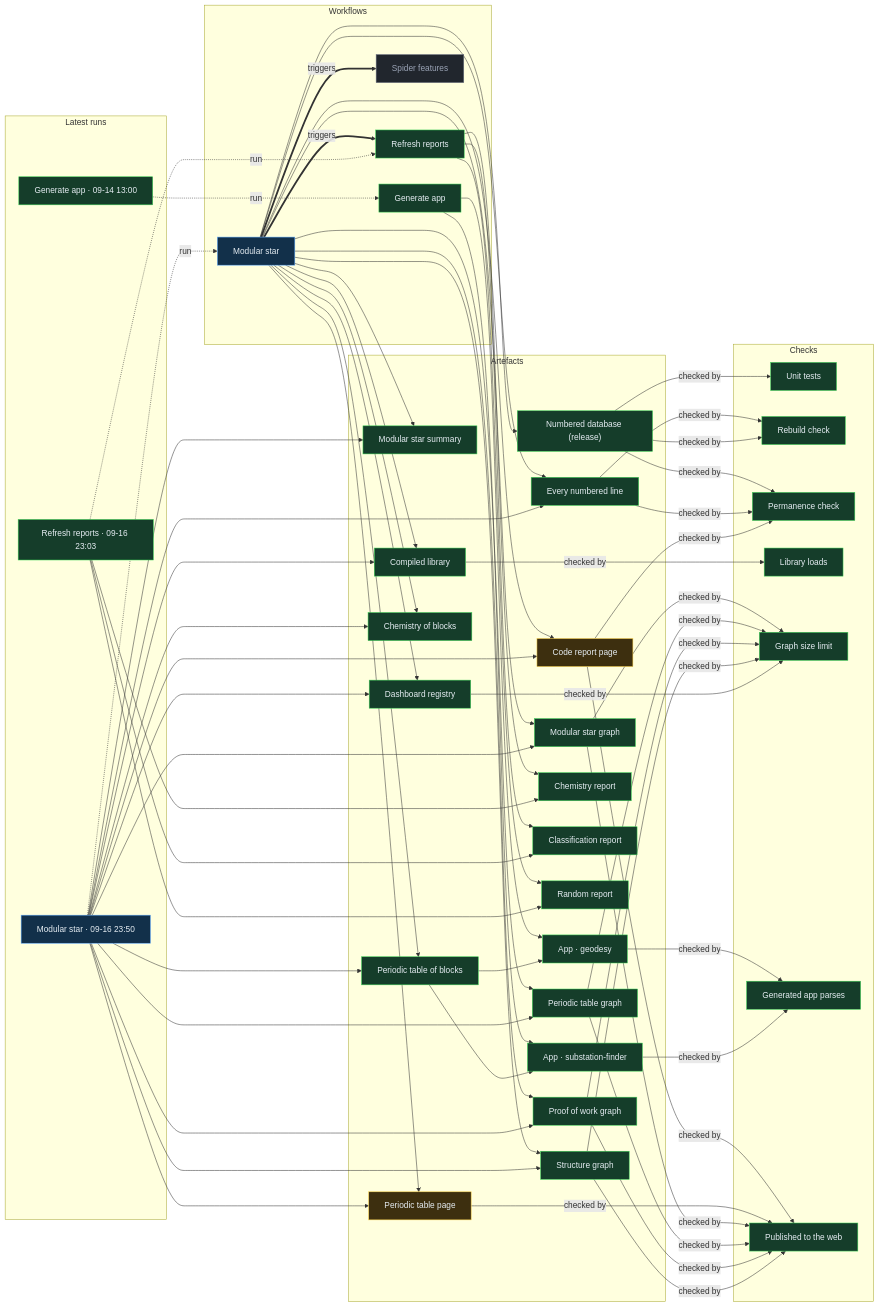
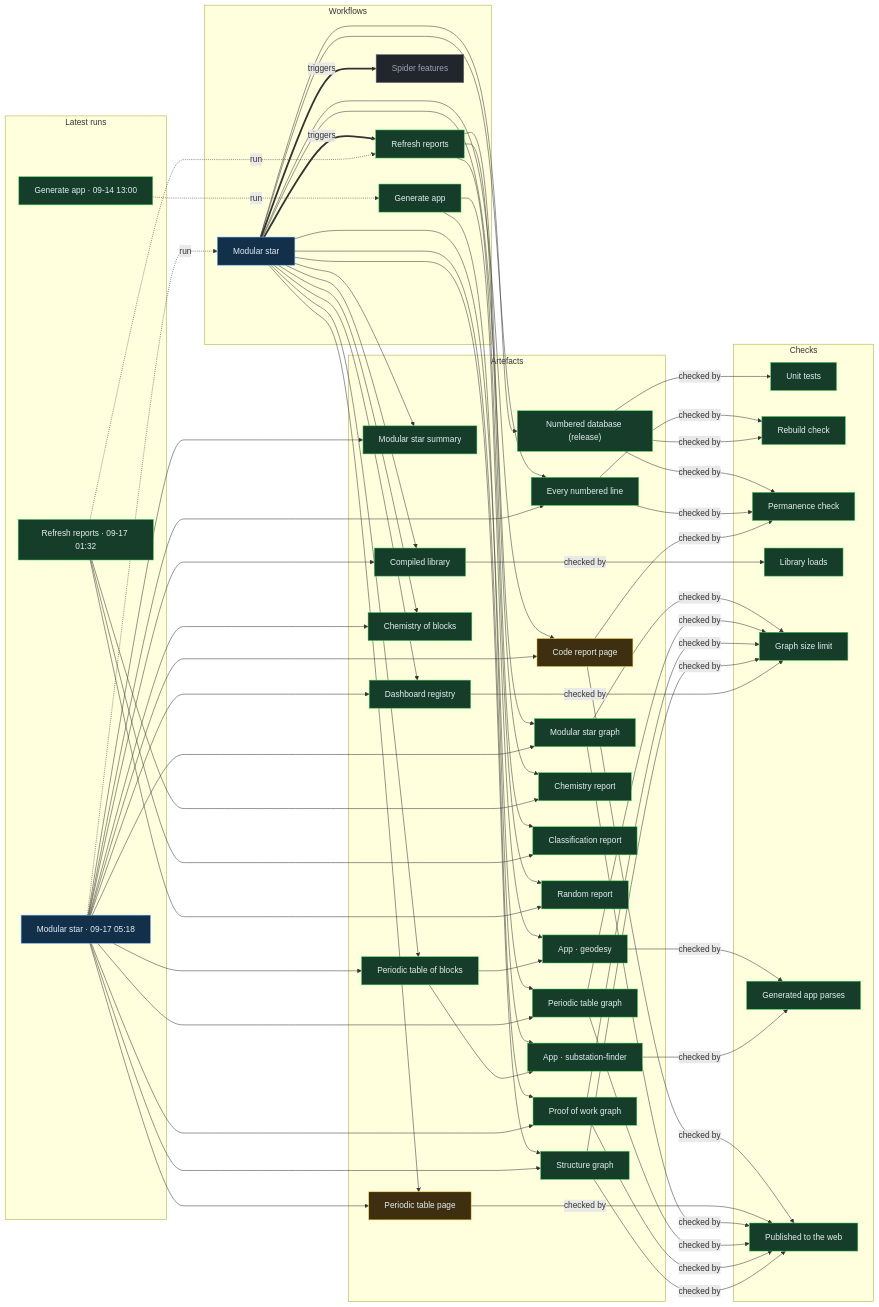
Before and after one commit to Ventusltd/stars: the diagram in proof/PROOF.md, drawn with Mermaid. The commit also changed other lines of this file and 103 other files, not shown here.

Commit message:
Modular star 2026-09-17T05:20Z

```diff
--- a/proof/PROOF.md
+++ b/proof/PROOF.md
@@ -24,8 +24,8 @@
   n_wf_spider_features["Spider features"]:::off
   end
   subgraph g_runs["Latest runs"]
-  n_run_35164013597["Modular star · 09-16 23:50"]:::live
-  n_run_35160559207["Refresh reports · 09-16 23:03"]:::ok
+  n_run_35185210020["Modular star · 09-17 05:18"]:::live
+  n_run_35170964873["Refresh reports · 09-17 01:32"]:::ok
   n_run_34846587798["Generate app · 09-14 13:00"]:::ok
   end
   subgraph g_artefacts["Artefacts"]
@@ -59,39 +59,39 @@
   end
   n_wf_modular_star == triggers ==> n_wf_refresh
   n_wf_modular_star == triggers ==> n_wf_spider_features
-  n_run_35164013597 -. run .-> n_wf_modular_star
-  n_run_35160559207 -. run .-> n_wf_refresh
+  n_run_35185210020 -. run .-> n_wf_modular_star
+  n_run_35170964873 -. run .-> n_wf_refresh
   n_run_34846587798 -. run .-> n_wf_generate
   n_wf_modular_star --> n_art_summary
-  n_run_35164013597 --> n_art_summary
+  n_run_35185210020 --> n_art_summary
   n_wf_modular_star --> n_art_lines
-  n_run_35164013597 --> n_art_lines
+  n_run_35185210020 --> n_art_lines
   n_wf_modular_star --> n_art_code
-  n_run_35164013597 --> n_art_code
+  n_run_35185210020 --> n_art_code
   n_wf_modular_star --> n_art_modular_graph
-  n_run_35164013597 --> n_art_modular_graph
+  n_run_35185210020 --> n_art_modular_graph
   n_wf_modular_star --> n_art_blocks
-  n_run_35164013597 --> n_art_blocks
+  n_run_35185210020 --> n_art_blocks
   n_wf_modular_star --> n_art_table
-  n_run_35164013597 --> n_art_table
+  n_run_35185210020 --> n_art_table
   n_wf_modular_star --> n_art_blocks_graph
-  n_run_35164013597 --> n_art_blocks_graph
+  n_run_35185210020 --> n_art_blocks_graph
   n_wf_modular_star --> n_art_reactions
-  n_run_35164013597 --> n_art_reactions
+  n_run_35185210020 --> n_art_reactions
   n_wf_modular_star --> n_art_library
-  n_run_35164013597 --> n_art_library
+  n_run_35185210020 --> n_art_library
   n_wf_modular_star --> n_art_features
-  n_run_35164013597 --> n_art_features
+  n_run_35185210020 --> n_art_features
   n_wf_modular_star --> n_art_proof
-  n_run_35164013597 --> n_art_proof
+  n_run_35185210020 --> n_art_proof
   n_wf_modular_star --> n_art_structure
-  n_run_35164013597 --> n_art_structure
+  n_run_35185210020 --> n_art_structure
   n_wf_refresh --> n_art_chemistry
-  n_run_35160559207 --> n_art_chemistry
+  n_run_35170964873 --> n_art_chemistry
   n_wf_refresh --> n_art_vedic
-  n_run_35160559207 --> n_art_vedic
+  n_run_35170964873 --> n_art_vedic
   n_wf_refresh --> n_art_random
-  n_run_35160559207 --> n_art_random
+  n_run_35170964873 --> n_art_random
   n_wf_modular_star --> n_art_release
   n_wf_generate --> n_app_geodesy
   n_art_blocks --> n_app_geodesy
```
